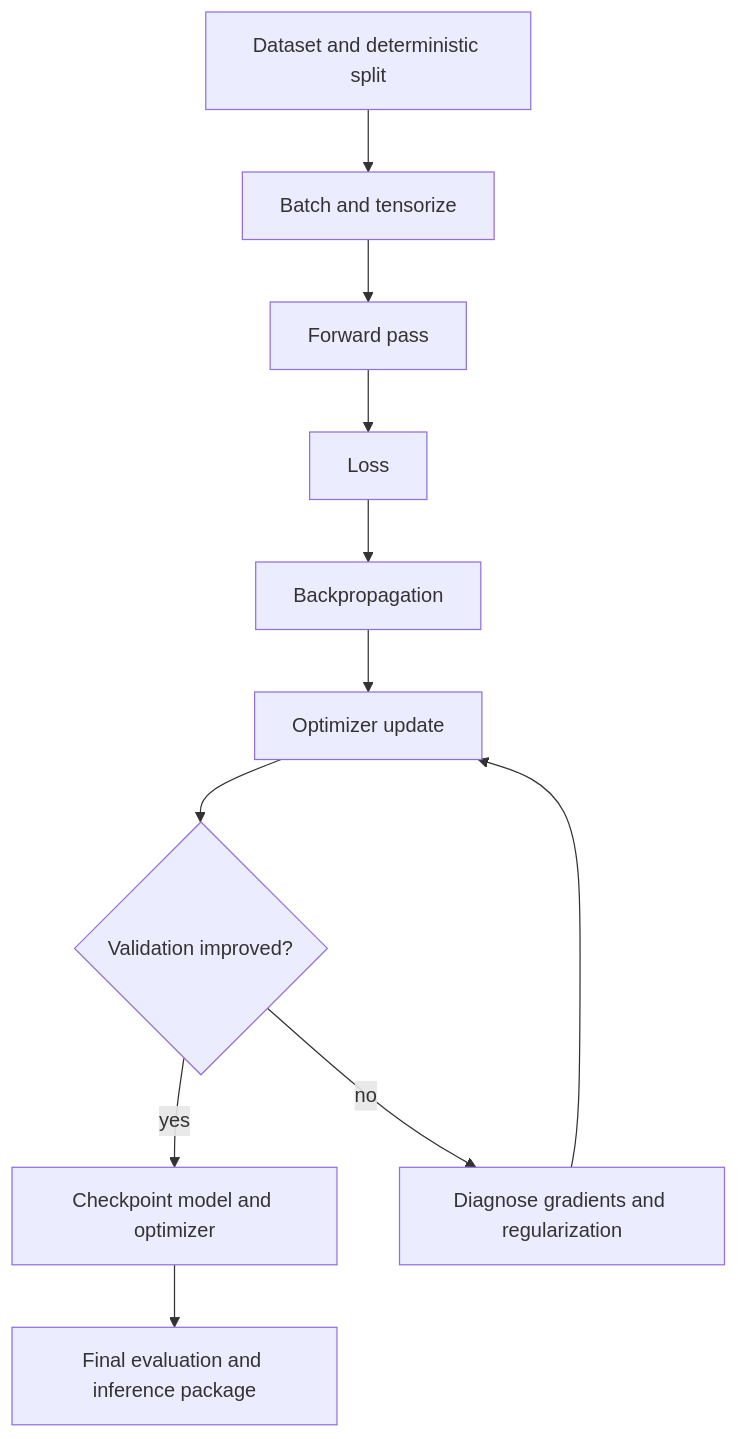
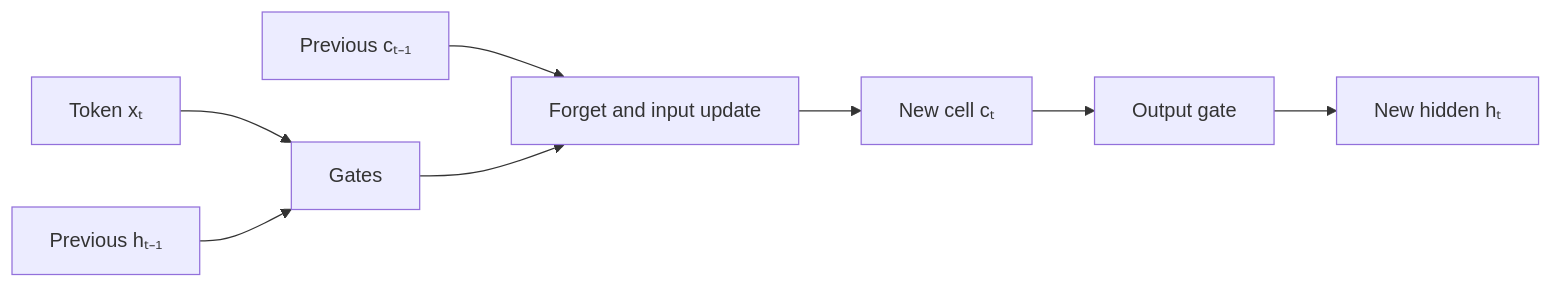
One commit to ashvins1912/AI-Engineering-Academy changed the sixth of 7 diagrams in docs/deep-dives/03-deep-learning.md. Above: the diagram before and after it, drawn with Mermaid. The commit also changed other lines of this file, not shown here.

````diff
--- a/docs/deep-dives/03-deep-learning.md
+++ b/docs/deep-dives/03-deep-learning.md
@@ -43,13 +105,10 @@
 ```mermaid
-flowchart TD
-  A[Dataset and deterministic split] --> B[Batch and tensorize]
-  B --> C[Forward pass]
-  C --> D[Loss]
-  D --> E[Backpropagation]
-  E --> F[Optimizer update]
-  F --> G{Validation improved?}
-  G -- yes --> H[Checkpoint model and optimizer]
-  G -- no --> I[Diagnose gradients and regularization]
-  I --> F
-  H --> J[Final evaluation and inference package]
+flowchart LR
+ X[Token xₜ] --> G[Gates]
+ H[Previous hₜ₋₁] --> G
+ C[Previous cₜ₋₁] --> F[Forget and input update]
+ G --> F
+ F --> N[New cell cₜ]
+ N --> O[Output gate]
+ O --> H2[New hidden hₜ]
 ```
````
